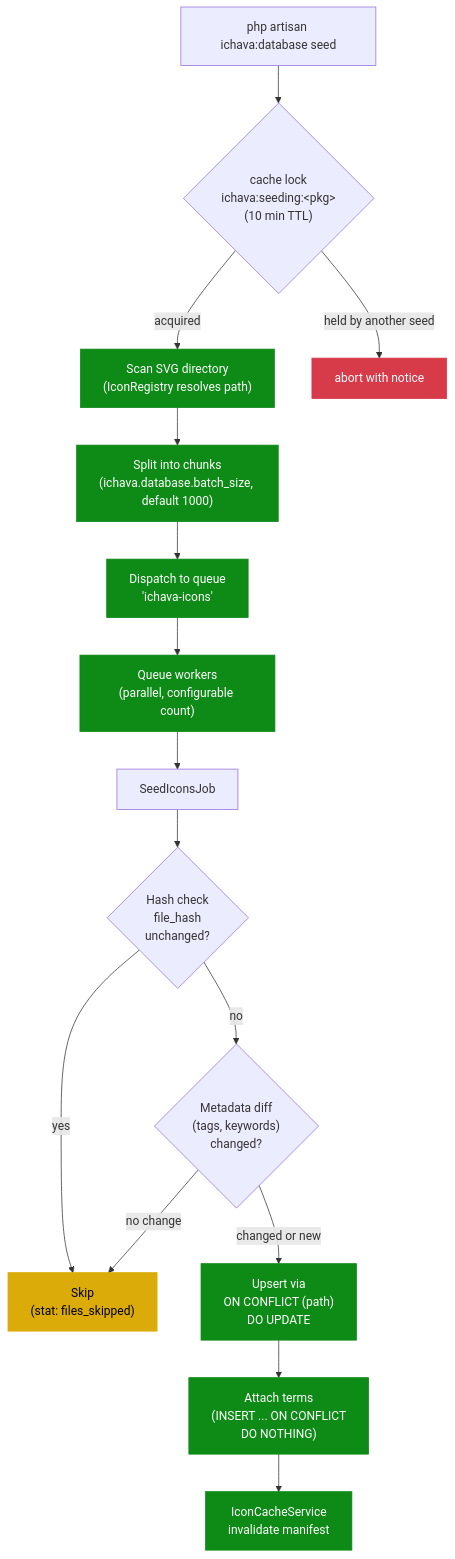
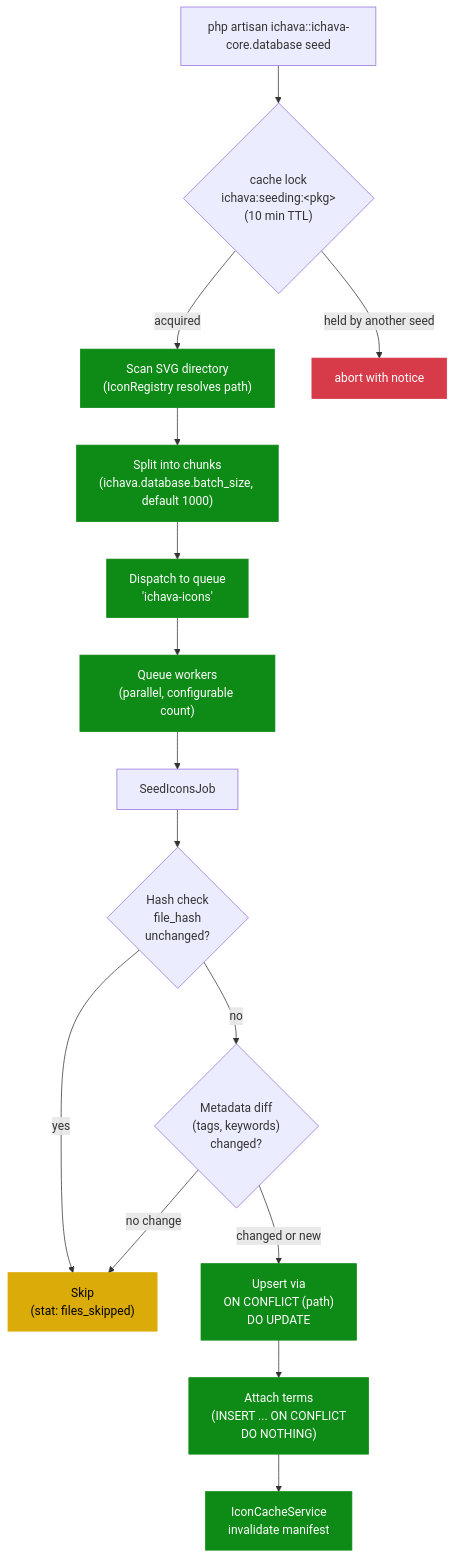
One commit to ichava/documentation changed the diagram in core/database-seeding.md. Above: the diagram before and after it, drawn with Mermaid. The commit also changed other lines of this file and 15 other files, not shown here.

````diff
--- a/core/database-seeding.md
+++ b/core/database-seeding.md
@@ -31,33 +31,33 @@
 ```mermaid
 flowchart TD
-    cmd["php artisan ichava:database seed"]
+    cmd["php artisan ichava::ichava-core.database seed"]
     lock{"cache lock<br/>ichava:seeding:&lt;pkg&gt;<br/>(10 min TTL)"}
     scan["Scan SVG directory<br/>(IconRegistry resolves path)"]
     chunk["Split into chunks<br/>(ichava.database.batch_size, default 1000)"]
     queue["Dispatch to queue<br/>'ichava-icons'"]
     workers["Queue workers<br/>(parallel, configurable count)"]
     job["SeedIconsJob"]
     hash{"Hash check<br/>file_hash<br/>unchanged?"}
     skip["Skip<br/>(stat: files_skipped)"]
     meta{"Metadata diff<br/>(tags, keywords)<br/>changed?"}
     upsert["Upsert via<br/>ON CONFLICT (path)<br/>DO UPDATE"]
     terms["Attach terms<br/>(INSERT ... ON CONFLICT<br/>DO NOTHING)"]
     cache["IconCacheService<br/>invalidate manifest"]
 
     cmd --> lock
     lock -- "acquired" --> scan
     lock -- "held by another seed" --> abort["abort with notice"]
     scan --> chunk --> queue --> workers --> job
     job --> hash
     hash -- "yes" --> skip
     hash -- "no" --> meta
     meta -- "no change" --> skip
     meta -- "changed or new" --> upsert --> terms --> cache
 
     classDef ok fill:#0e8a16,stroke:#0e8a16,color:#fff
     classDef warn fill:#dbab09,stroke:#dbab09,color:#000
     classDef stop fill:#d73a49,stroke:#d73a49,color:#fff
     class scan,chunk,queue,workers,upsert,terms,cache ok
     class skip warn
     class abort stop
 ```
````
